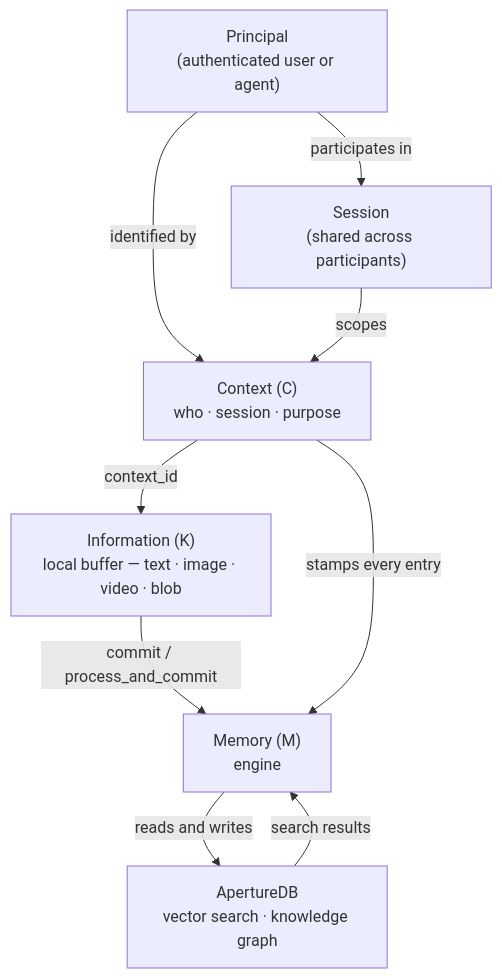
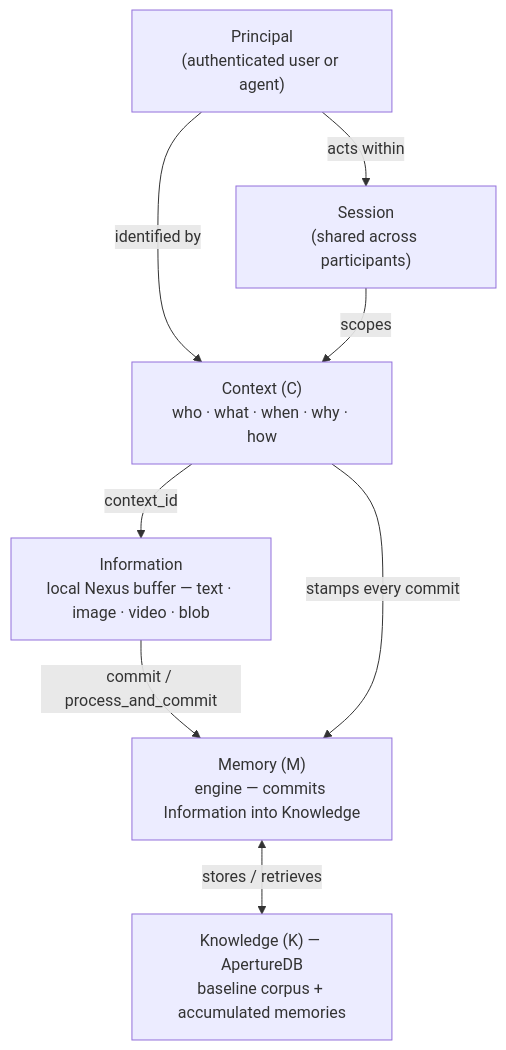
One commit to aperture-data/aperture-nexus changed the first of 3 diagrams in docs/concepts.md. Above: the diagram before and after it, drawn with Mermaid. The commit also changed other lines of this file and 2 other files, not shown here.

````diff
--- a/docs/concepts.md
+++ b/docs/concepts.md
@@ -105,18 +121,17 @@
 ```mermaid
 flowchart TD
     P["Principal\n(authenticated user or agent)"]
     S["Session\n(shared across participants)"]
-    C["Context (C)\nwho · session · purpose"]
-    I["Information (K)\nlocal buffer — text · image · video · blob"]
-    M["Memory (M)\nengine"]
-    DB["ApertureDB\nvector search · knowledge graph"]
+    C["Context (C)\nwho · what · when · why · how"]
+    I["Information\nlocal Nexus buffer — text · image · video · blob"]
+    M["Memory (M)\nengine — commits Information into Knowledge"]
+    K["Knowledge (K) — ApertureDB\nbaseline corpus + accumulated memories"]
 
-    P -->|"participates in"| S
+    P -->|"acts within"| S
     P -->|"identified by"| C
     S -->|"scopes"| C
     C -->|"context_id"| I
     I -->|"commit / process_and_commit"| M
-    M -->|"reads and writes"| DB
-    DB -->|"search results"| M
-    C -->|"stamps every entry"| M
+    M <-->|"stores / retrieves"| K
+    C -->|"stamps every commit"| M
 ```
````
